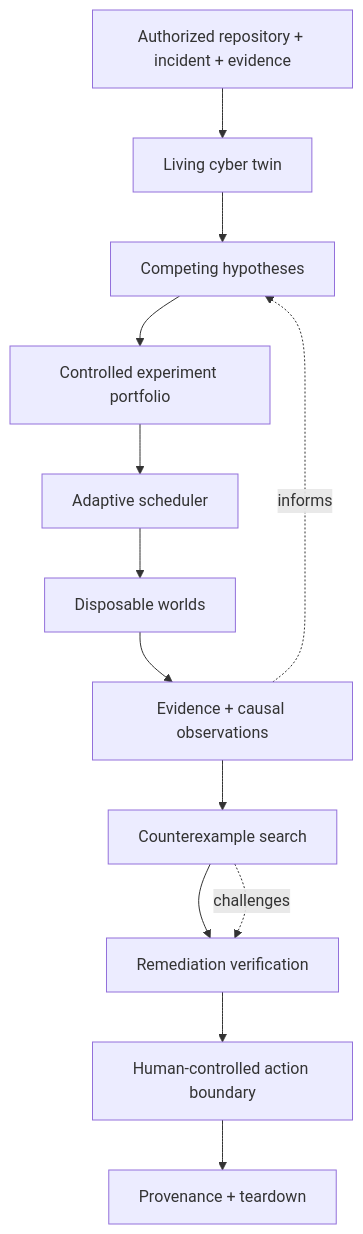
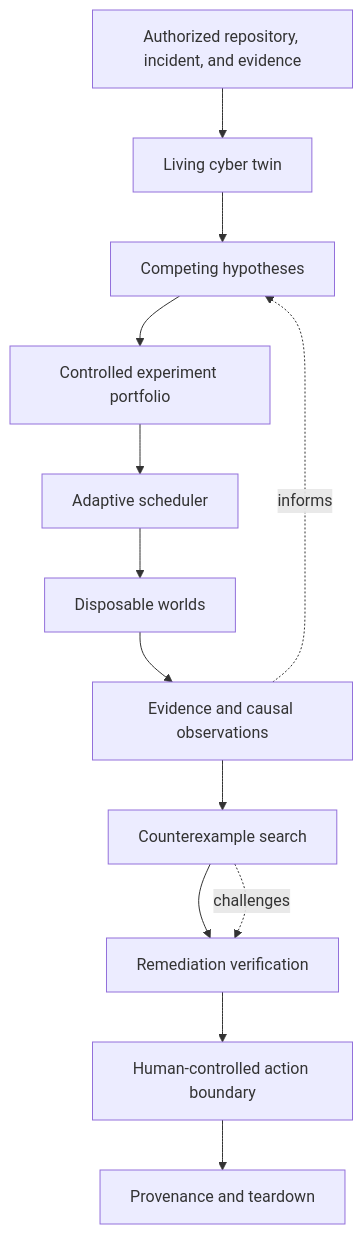
One commit to chetas1208/GhostRange changed the second of 8 diagrams in README.md. Above: the diagram before and after it, drawn with Mermaid. The commit also changed other lines of this file and 9 other files, not shown here.

````diff
--- a/README.md
+++ b/README.md
@@ -90,18 +87,15 @@
 ```mermaid
 flowchart TD
-    A[Authorized repository + incident + evidence]
-    B[Living cyber twin]
-    C[Competing hypotheses]
-    D[Controlled experiment portfolio]
-    E[Adaptive scheduler]
-    F[Disposable worlds]
-    G[Evidence + causal observations]
-    H[Counterexample search]
-    I[Remediation verification]
-    J[Human-controlled action boundary]
-    K[Provenance + teardown]
-
-    A --> B --> C --> D --> E --> F --> G --> H --> I --> J --> K
-    G -. informs .-> C
-    H -. challenges .-> I
+    A["Authorized repository, incident, and evidence"] --> B["Living cyber twin"]
+    B --> C["Competing hypotheses"]
+    C --> D["Controlled experiment portfolio"]
+    D --> E["Adaptive scheduler"]
+    E --> F["Disposable worlds"]
+    F --> G["Evidence and causal observations"]
+    G --> H["Counterexample search"]
+    H --> I["Remediation verification"]
+    I --> J["Human-controlled action boundary"]
+    J --> K["Provenance and teardown"]
+    G -.->|"informs"| C
+    H -.->|"challenges"| I
 ```
````
